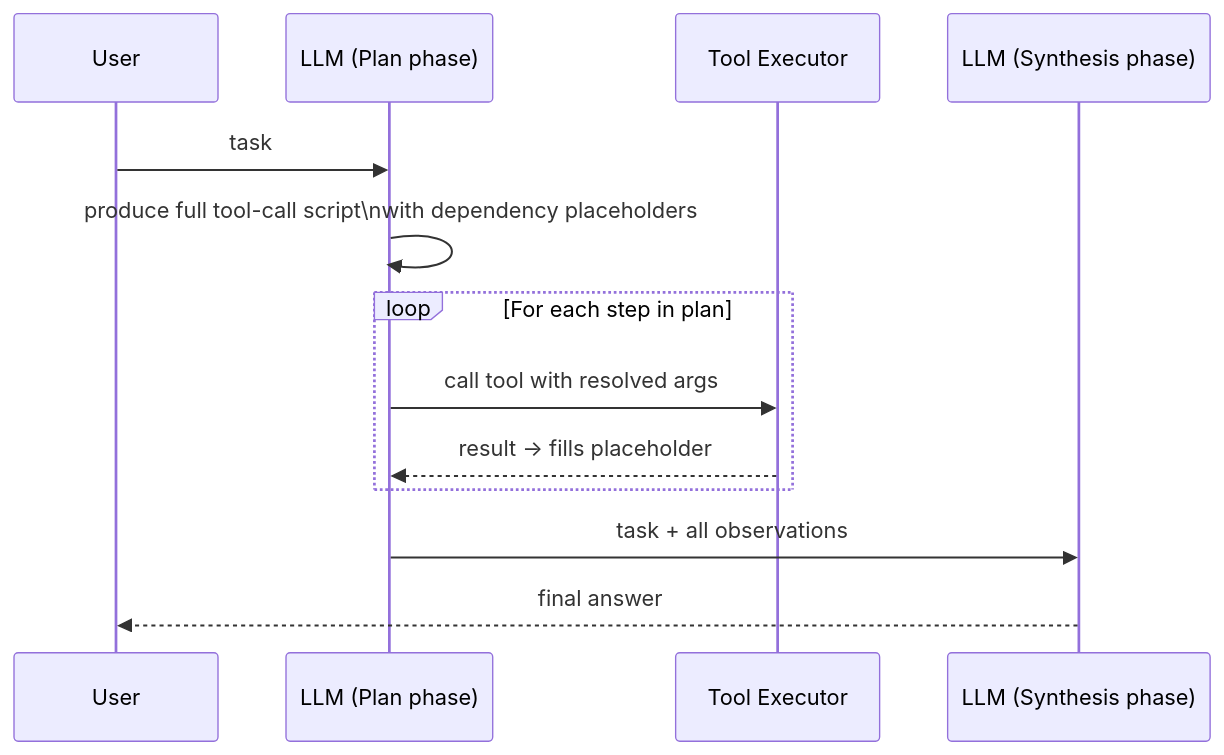
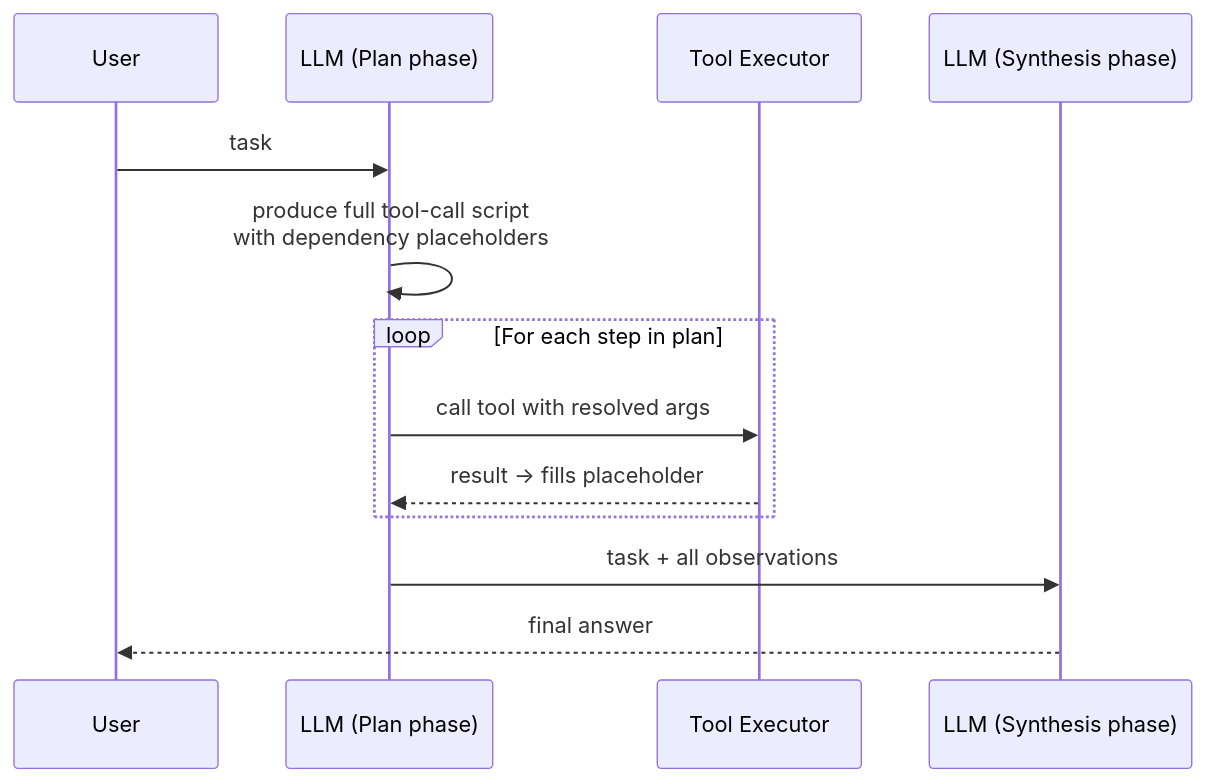
One commit to snymanpaul/aws_agent_1 changed the diagram in docs/levels/L41-custom-orchestration-rewoo.md. Above: the diagram before and after it, drawn with Mermaid. The commit also changed 54 other files, not shown here.

First line of the commit message:
Fix every broken mermaid diagram and gate the two failure modes

````diff
--- a/docs/levels/L41-custom-orchestration-rewoo.md
+++ b/docs/levels/L41-custom-orchestration-rewoo.md
@@ -15,16 +15,16 @@
 ```mermaid
 sequenceDiagram
     participant User
     participant Planner as LLM (Plan phase)
     participant Executor as Tool Executor
     participant Synthesizer as LLM (Synthesis phase)
 
     User->>Planner: task
-    Planner->>Planner: produce full tool-call script\nwith dependency placeholders
+    Planner->>Planner: produce full tool-call script<br/>with dependency placeholders
     loop For each step in plan
         Planner->>Executor: call tool with resolved args
         Executor-->>Planner: result → fills placeholder
     end
     Planner->>Synthesizer: task + all observations
     Synthesizer-->>User: final answer
 ```
````
